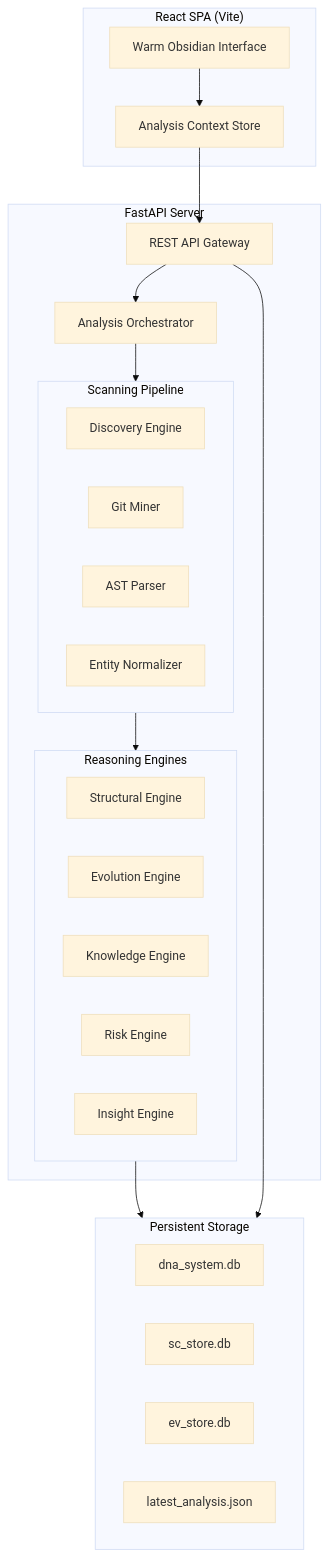
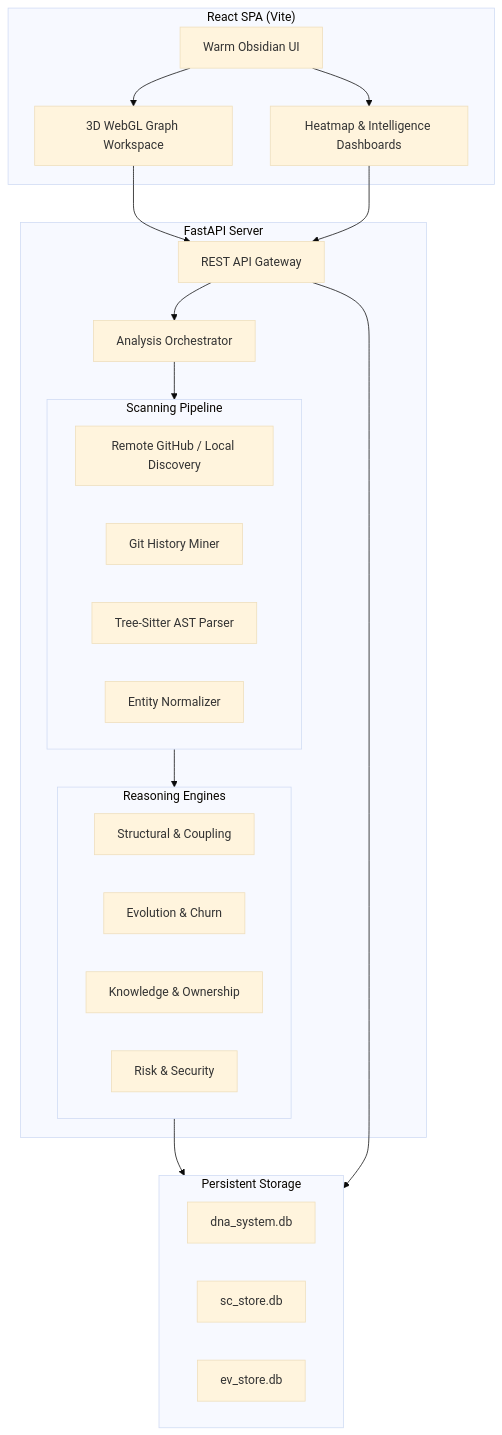
The diagram in README.md (itripathiharsh/Project-s-DNA), drawn with Mermaid (base theme) before and after one commit. The commit also changed other lines of this file and 9 other files, not shown here.

Commit message:
feat: implement 3D architecture globe, 6 production heatmaps, and Git Intelligence Center

````diff
--- a/README.md
+++ b/README.md
@@ -24,43 +28,43 @@
 ```mermaid
 flowchart TD
     subgraph Frontend ["React SPA (Vite)"]
-        UI["Warm Obsidian Interface"]
-        Store["Analysis Context Store"]
+        UI["Warm Obsidian UI"]
+        Workspace["3D WebGL Graph Workspace"]
+        Dashboards["Heatmap & Intelligence Dashboards"]
     end
 
     subgraph Backend ["FastAPI Server"]
         API["REST API Gateway"]
         Orchestrator["Analysis Orchestrator"]
         
         subgraph Scanning_Pipeline ["Scanning Pipeline"]
-            Dis["Discovery Engine"]
-            Git["Git Miner"]
-            Parse["AST Parser"]
+            Dis["Remote GitHub / Local Discovery"]
+            Git["Git History Miner"]
+            Parse["Tree-Sitter AST Parser"]
             Norm["Entity Normalizer"]
         end
         
         subgraph Reasoning_Engines ["Reasoning Engines"]
-            Struct["Structural Engine"]
-            Evol["Evolution Engine"]
-            Know["Knowledge Engine"]
-            Risk["Risk Engine"]
-            Reason["Insight Engine"]
+            Struct["Structural & Coupling"]
+            Evol["Evolution & Churn"]
+            Know["Knowledge & Ownership"]
+            Risk["Risk & Security"]
         end
     end
 
     subgraph Storage ["Persistent Storage"]
         DB_Sys["dna_system.db"]
         DB_SC["sc_store.db"]
         DB_Ev["ev_store.db"]
-        JSON_Cache["latest_analysis.json"]
     end
 
-    UI --> Store
-    Store --> API
+    UI --> Workspace
+    UI --> Dashboards
+    Workspace & Dashboards --> API
     API --> Orchestrator
     
     Orchestrator --> Scanning_Pipeline
     Scanning_Pipeline --> Reasoning_Engines
     Reasoning_Engines --> Storage
     API --> Storage
 ```
````
